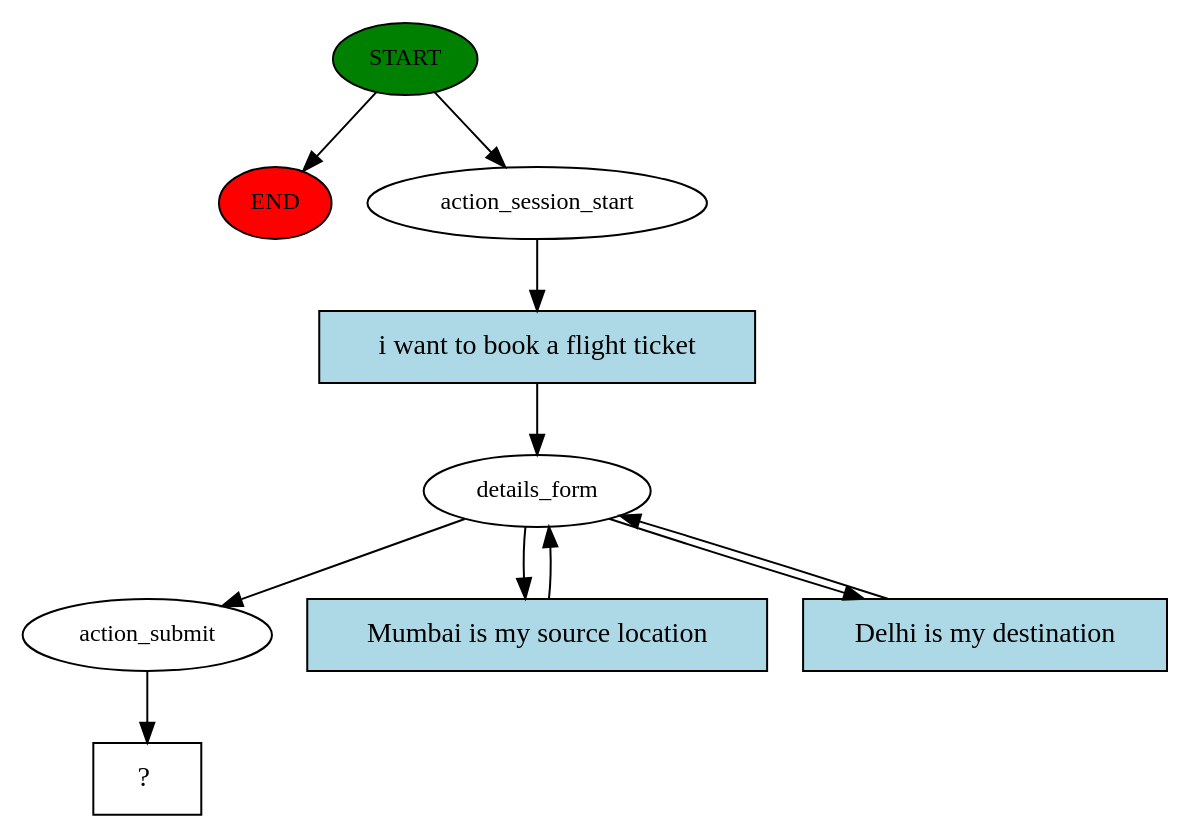
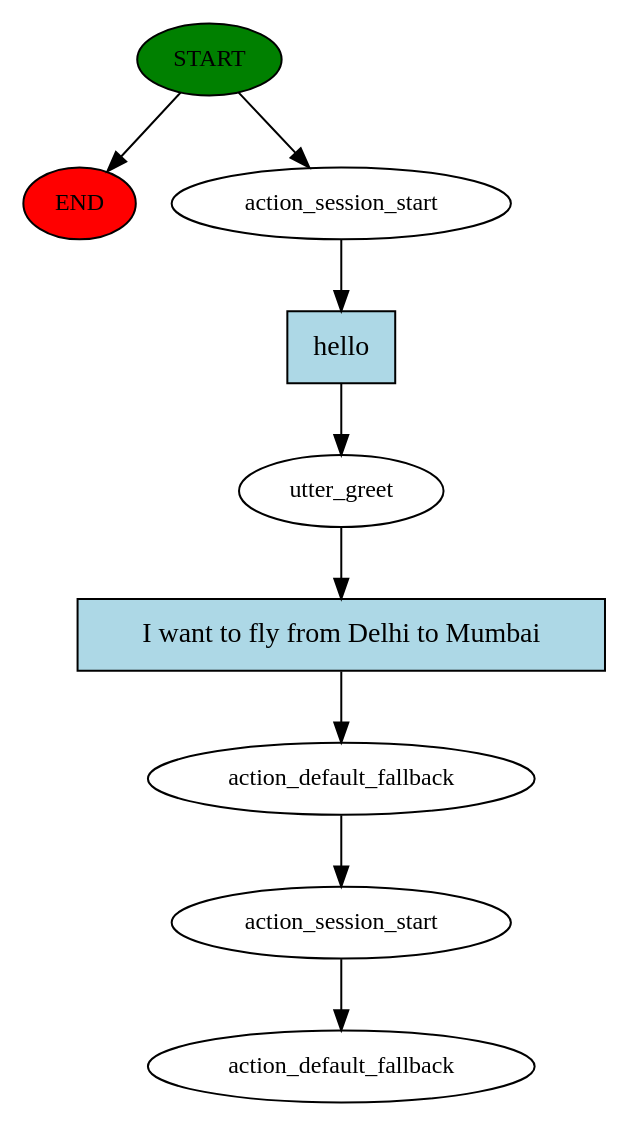
The diagram in chatbot/story_graph.dot (JKhan01/ARC-MMT-Bot-WS), drawn with Graphviz before and after one commit. The commit also changed 4 other files, not shown here.

```diff
--- a/chatbot/story_graph.dot
+++ b/chatbot/story_graph.dot
@@ -1,21 +1,19 @@
 digraph  {
 0 [class="start active", fillcolor=green, fontsize=12, label=START, style=filled];
 "-1" [class=end, fillcolor=red, fontsize=12, label=END, style=filled];
 1 [class=active, fontsize=12, label=action_session_start];
-2 [class=active, fontsize=12, label=details_form];
-5 [class=active, fontsize=12, label=action_submit];
-6 [class="intent dashed active", label="  ?  ", shape=rect];
-7 [class="intent active", fillcolor=lightblue, label="i want to book a flight ticket", shape=rect, style=filled];
-8 [class="intent active", fillcolor=lightblue, label="Mumbai is my source location", shape=rect, style=filled];
-9 [class="intent active", fillcolor=lightblue, label="Delhi is my destination", shape=rect, style=filled];
+2 [class=active, fontsize=12, label=utter_greet];
+3 [class=active, fontsize=12, label=action_default_fallback];
+4 [class=active, fontsize=12, label=action_session_start];
+5 [class="dashed active", fontsize=12, label=action_default_fallback];
+6 [class="intent active", fillcolor=lightblue, label=hello, shape=rect, style=filled];
+7 [class="intent active", fillcolor=lightblue, label="I want to fly from Delhi to Mumbai", shape=rect, style=filled];
 0 -> "-1"  [class="", key=NONE, label=""];
 0 -> 1  [class=active, key=NONE, label=""];
-1 -> 7  [class=active, key=0];
-2 -> 5  [class=active, key=NONE, label=""];
-2 -> 8  [class=active, key=0];
-2 -> 9  [class=active, key=0];
-5 -> 6  [class=active, key=NONE, label=""];
-7 -> 2  [class=active, key=0];
-8 -> 2  [class=active, key=0];
-9 -> 2  [class=active, key=0];
+1 -> 6  [class=active, key=0];
+2 -> 7  [class=active, key=0];
+3 -> 4  [class=active, key=NONE, label=""];
+4 -> 5  [class=active, key=NONE, label=""];
+6 -> 2  [class=active, key=0];
+7 -> 3  [class=active, key=0];
 }
```
